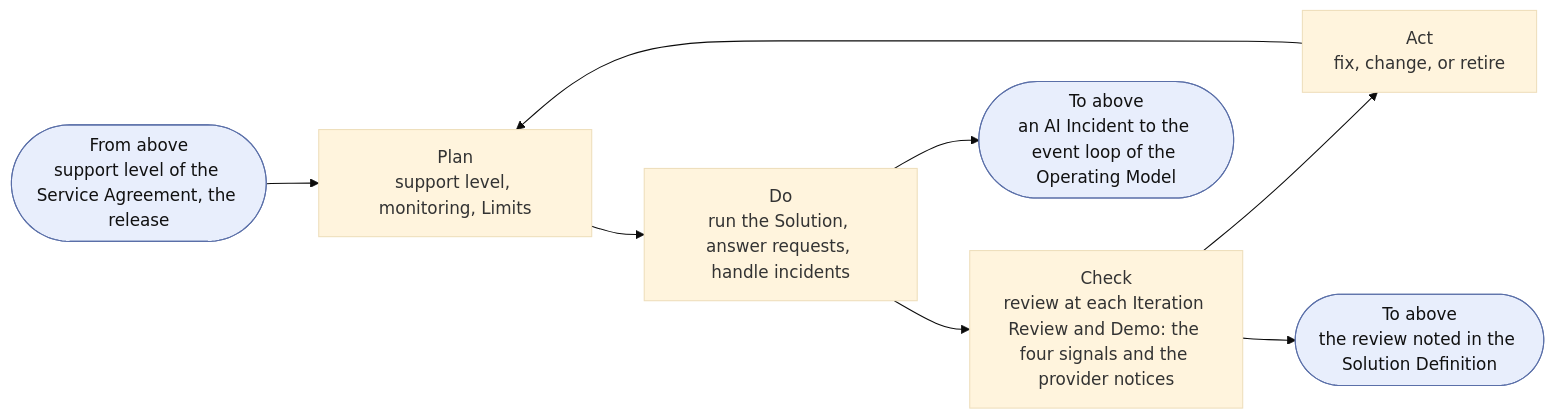
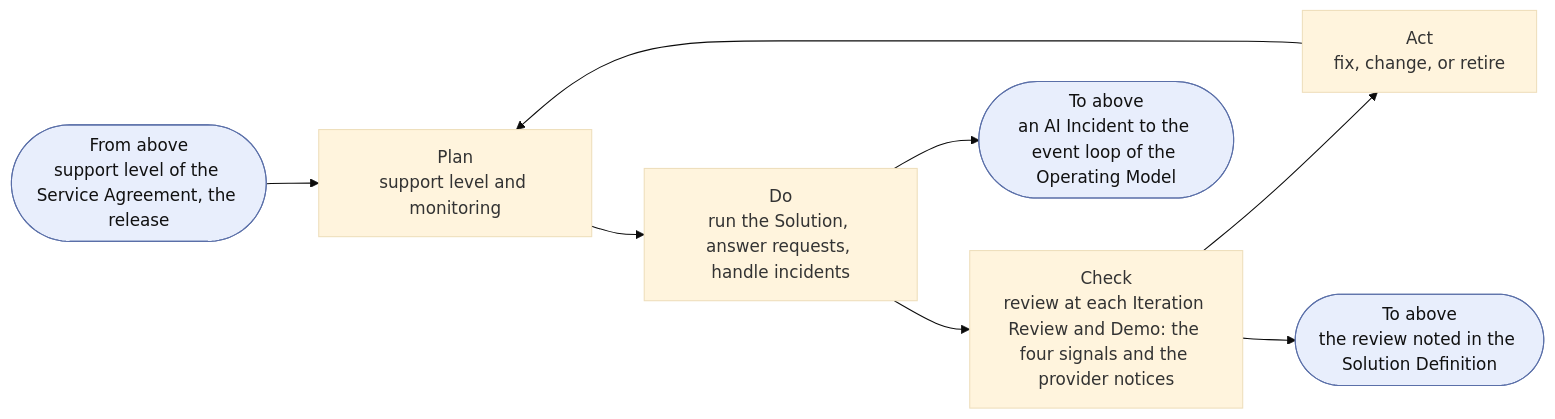
Diagram 11 of 13 in charter/en/documents/solution-lifecycle-model.md (devhogu/ob-aicc), drawn with Mermaid (base theme) before and after one commit. The commit also changed other lines of this file and 150 other files, not shown here.

````diff
--- a/charter/en/documents/solution-lifecycle-model.md
+++ b/charter/en/documents/solution-lifecycle-model.md
@@ -439,8 +439,8 @@
 ```mermaid
 flowchart LR
   IN(["From above<br/>support level of the Service Agreement, the release"]):::iface --> P
-  P["Plan<br/>support level, monitoring, Limits"] --> D["Do<br/>run the Solution, answer requests, handle incidents"] --> C["Check<br/>review at each Iteration Review and Demo: the four signals and the provider notices"] --> A["Act<br/>fix, change, or retire"] --> P
+  P["Plan<br/>support level and monitoring"] --> D["Do<br/>run the Solution, answer requests, handle incidents"] --> C["Check<br/>review at each Iteration Review and Demo: the four signals and the provider notices"] --> A["Act<br/>fix, change, or retire"] --> P
   D --> EV(["To above<br/>an AI Incident to the event loop of the Operating Model"]):::iface
   C --> UP(["To above<br/>the review noted in the Solution Definition"]):::iface
   classDef iface fill:#e8eefc,stroke:#5a6fa8,color:#111
 ```
````
